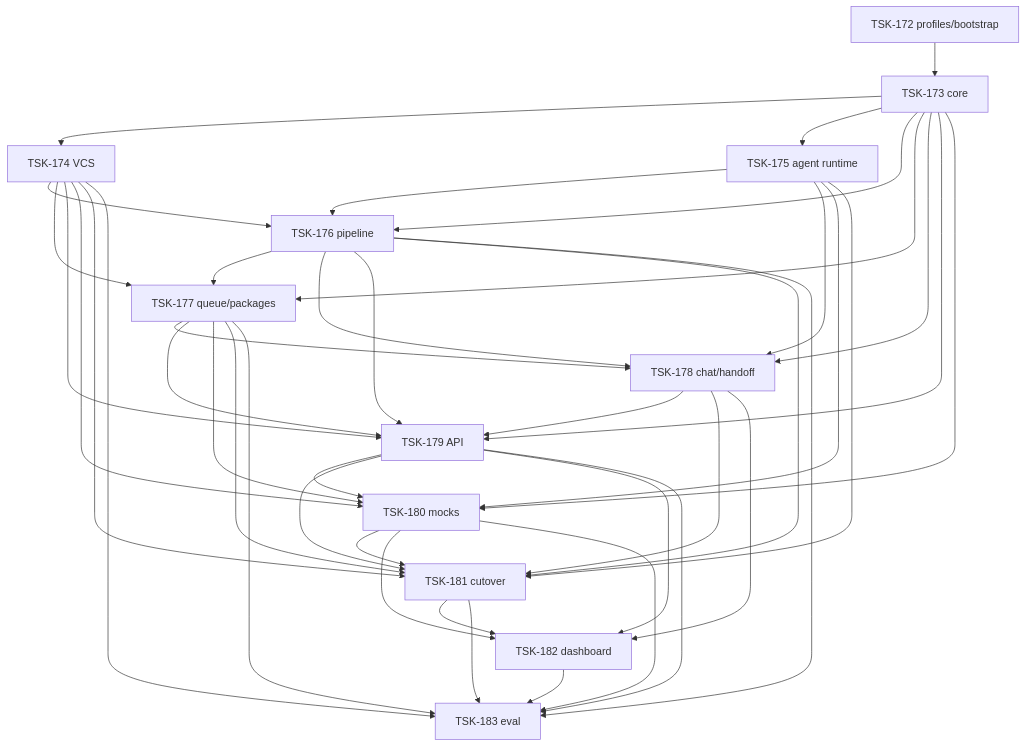
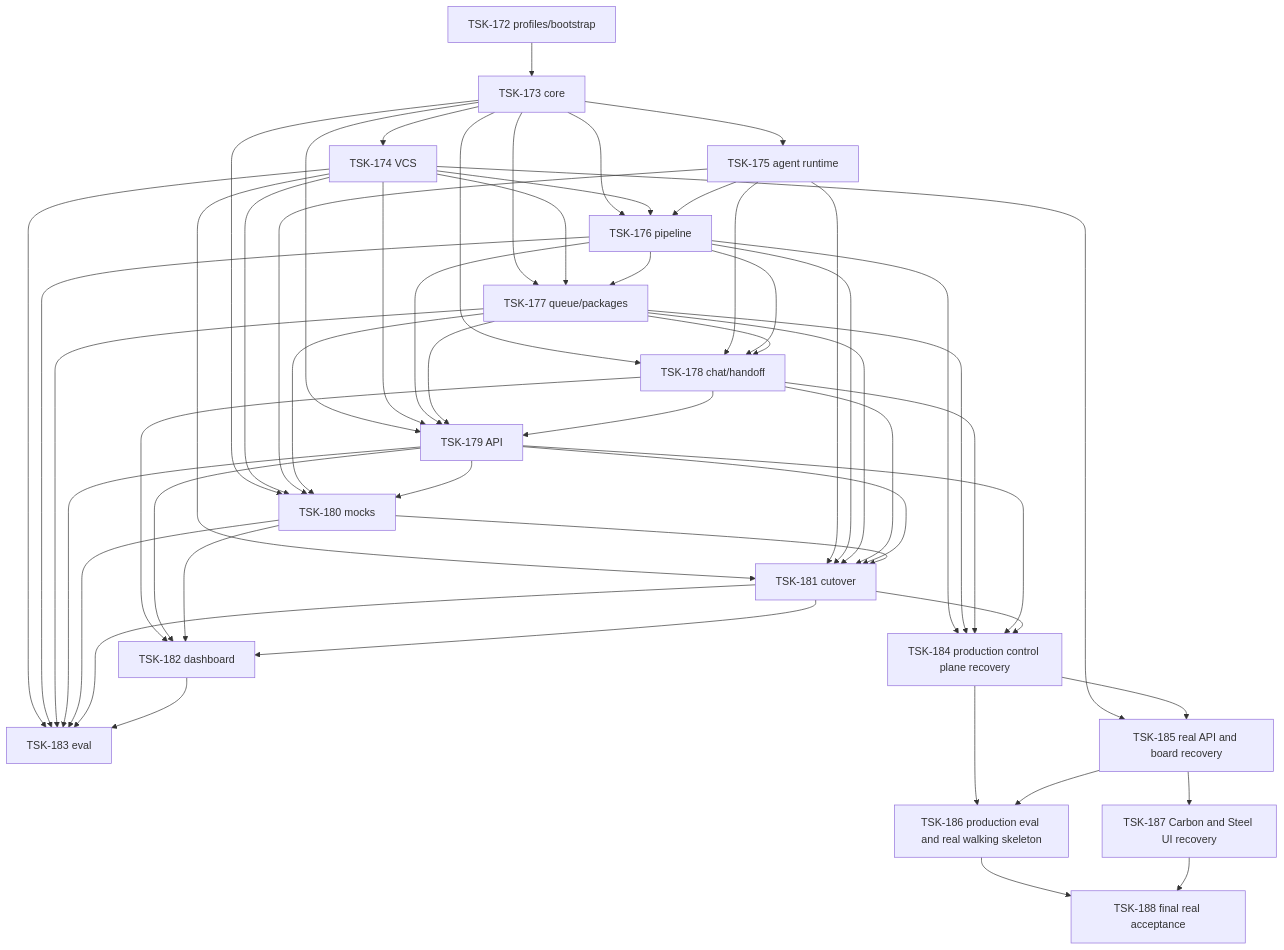
One commit to RubaXa/gennady changed the diagram in tasks/agent-inbox/README.md. Above: the diagram before and after it, drawn with Mermaid. The commit also changed other lines of this file and 6 other files, not shown here.

````diff
--- a/tasks/agent-inbox/README.md
+++ b/tasks/agent-inbox/README.md
@@ -26,44 +26,56 @@
 ```mermaid
 graph TD
   T172[TSK-172 profiles/bootstrap] --> T173[TSK-173 core]
   T173 --> T174[TSK-174 VCS]
   T173 --> T175[TSK-175 agent runtime]
   T173 --> T176[TSK-176 pipeline]
   T174 --> T176
   T175 --> T176
   T173 --> T177[TSK-177 queue/packages]
   T174 --> T177
   T176 --> T177
   T173 --> T178[TSK-178 chat/handoff]
   T175 --> T178
   T176 --> T178
   T177 --> T178
   T173 --> T179[TSK-179 API]
   T174 --> T179
   T176 --> T179
   T177 --> T179
   T178 --> T179
   T173 --> T180[TSK-180 mocks]
   T174 --> T180
   T175 --> T180
   T177 --> T180
   T179 --> T180
   T174 --> T181[TSK-181 cutover]
   T175 --> T181
   T176 --> T181
   T177 --> T181
   T178 --> T181
   T179 --> T181
   T180 --> T181
   T178 --> T182[TSK-182 dashboard]
   T179 --> T182
   T180 --> T182
   T181 --> T182
   T174 --> T183[TSK-183 eval]
   T176 --> T183
   T177 --> T183
   T179 --> T183
   T180 --> T183
   T181 --> T183
   T182 --> T183
+  T176 --> T184[TSK-184 production control plane recovery]
+  T177 --> T184
+  T178 --> T184
+  T179 --> T184
+  T181 --> T184
+  T174 --> T185[TSK-185 real API and board recovery]
+  T184 --> T185
+  T184 --> T186[TSK-186 production eval and real walking skeleton]
+  T185 --> T186
+  T185 --> T187[TSK-187 Carbon and Steel UI recovery]
+  T186 --> T188[TSK-188 final real acceptance]
+  T187 --> T188
 ```
````
